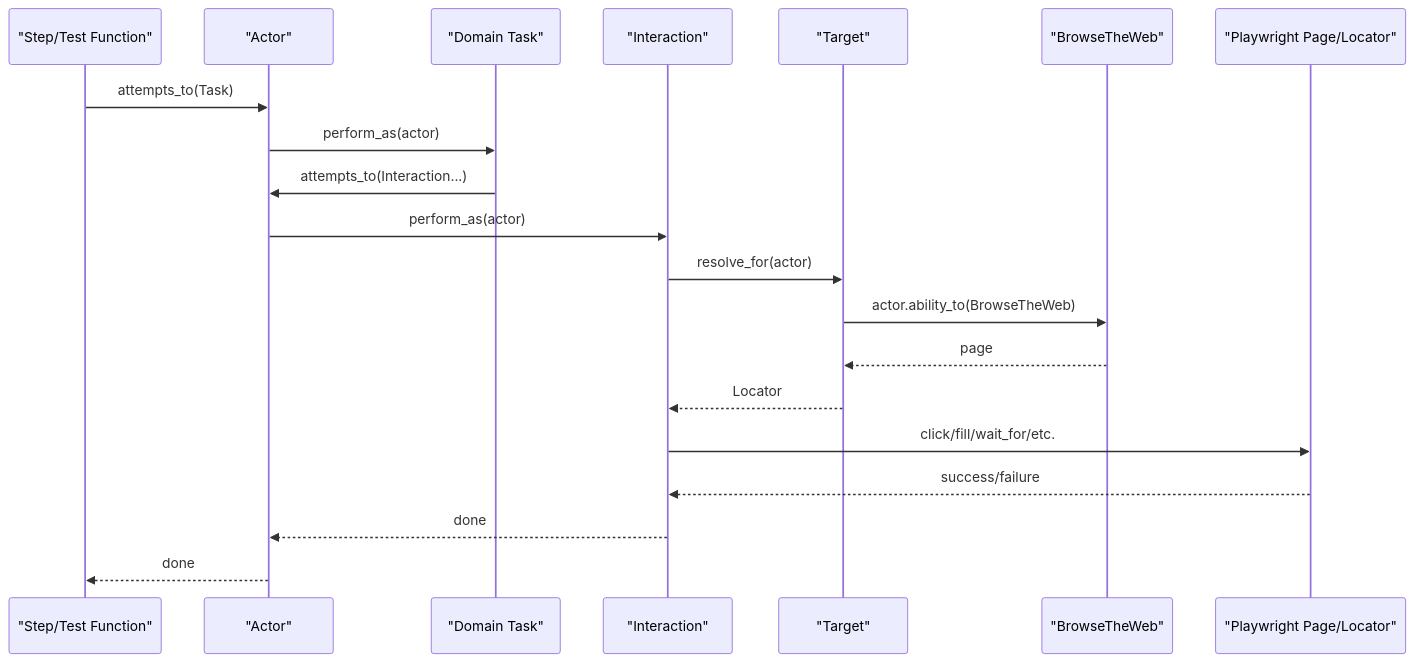
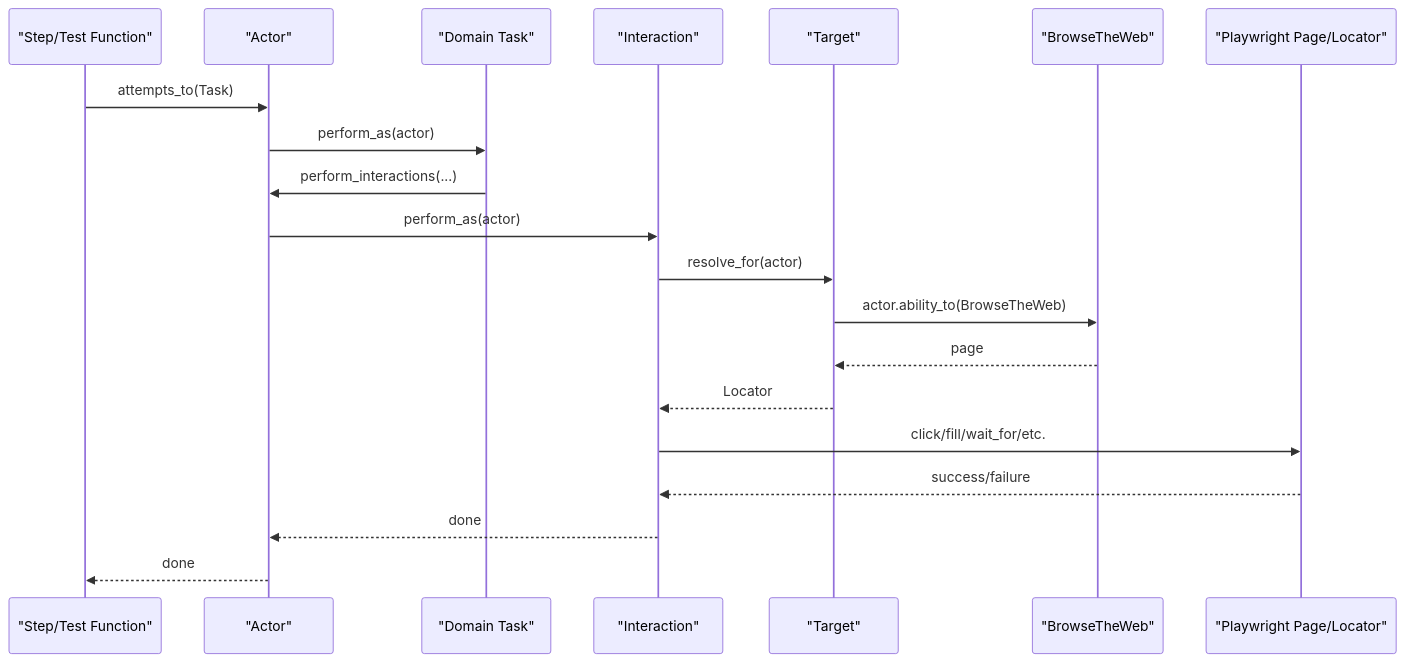
One commit to stansiris/playwright-pytest-screenplay-framework changed the fourth of 5 diagrams in docs/architecture.md. Above: the diagram before and after it, drawn with Mermaid. The commit also changed other lines of this file and 7 other files, not shown here.

````diff
--- a/docs/architecture.md
+++ b/docs/architecture.md
@@ -199,23 +201,23 @@
 ```mermaid
 sequenceDiagram
   participant TestStep as "Step/Test Function"
   participant ScreenActor as "Actor"
   participant DomainTask as "Domain Task"
   participant UiInteraction as "Interaction"
   participant UiTarget as "Target"
   participant WebAbility as "BrowseTheWeb"
   participant PWRuntime as "Playwright Page/Locator"
 
   TestStep->>ScreenActor: attempts_to(Task)
   ScreenActor->>DomainTask: perform_as(actor)
-  DomainTask->>ScreenActor: attempts_to(Interaction...)
+  DomainTask->>ScreenActor: perform_interactions(...)
   ScreenActor->>UiInteraction: perform_as(actor)
   UiInteraction->>UiTarget: resolve_for(actor)
   UiTarget->>WebAbility: actor.ability_to(BrowseTheWeb)
   WebAbility-->>UiTarget: page
   UiTarget-->>UiInteraction: Locator
   UiInteraction->>PWRuntime: click/fill/wait_for/etc.
   PWRuntime-->>UiInteraction: success/failure
   UiInteraction-->>ScreenActor: done
   ScreenActor-->>TestStep: done
 ```
````
